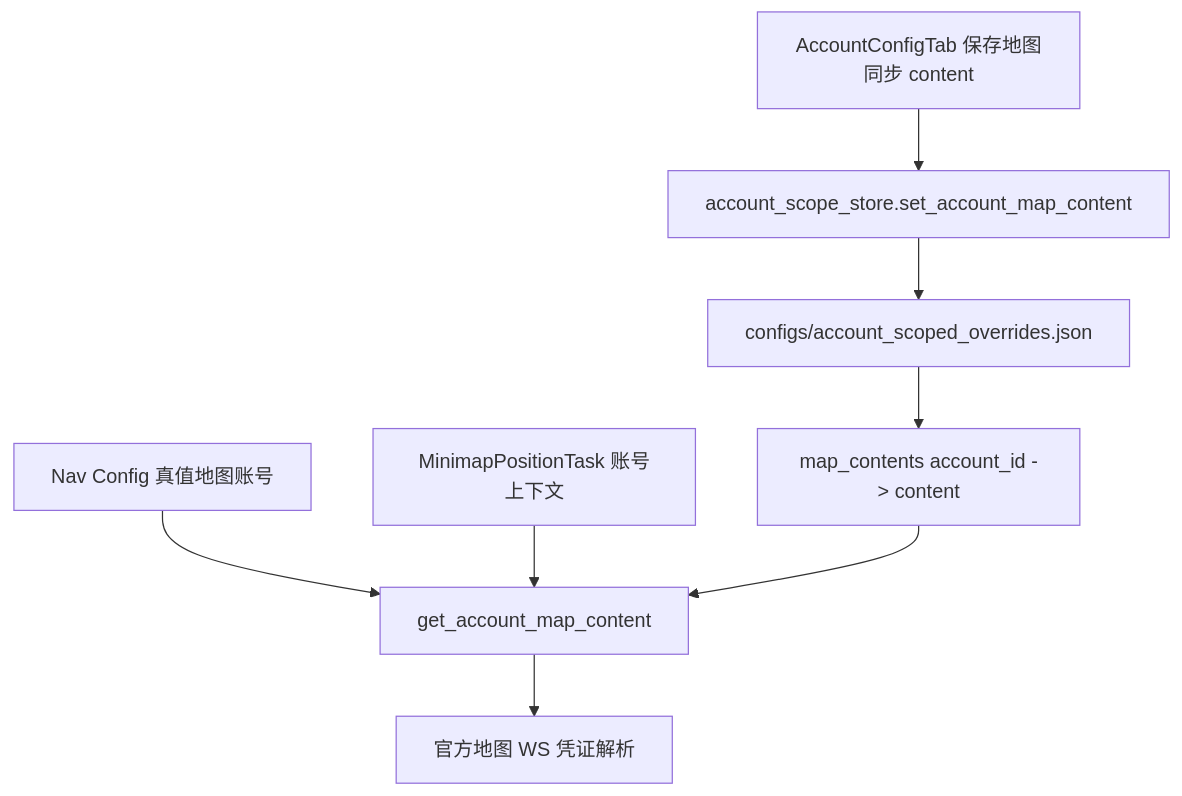
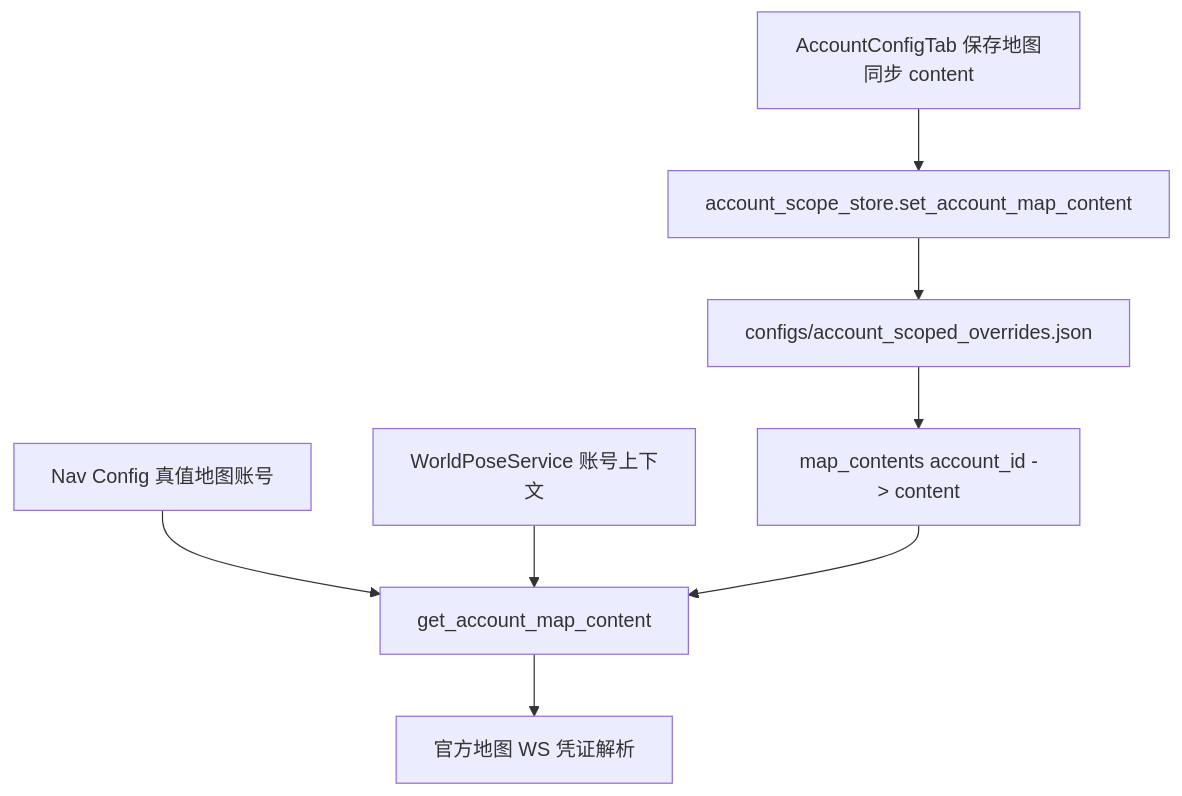
The third of 5 diagrams in docs/dev/地图官方WS客户端实现.md (AliceJump/ok-end-field), drawn with Mermaid before and after one commit. The commit also changed other lines of this file and 47 other files, not shown here.

Commit message:
refactor(localization): 将小地图定位改为应用级服务

````diff
--- a/docs/dev/地图官方WS客户端实现.md
+++ b/docs/dev/地图官方WS客户端实现.md
@@ -108,10 +108,10 @@
 ```mermaid
 flowchart TD
     A[AccountConfigTab 保存地图同步 content] --> B[account_scope_store.set_account_map_content]
     B --> C[configs/account_scoped_overrides.json]
     C --> D[map_contents account_id -> content]
     E[Nav Config 真值地图账号] --> F[get_account_map_content]
-    G[MinimapPositionTask 账号上下文] --> F
+    G[WorldPoseService 账号上下文] --> F
     D --> F
     F --> H[官方地图 WS 凭证解析]
 ```
````
